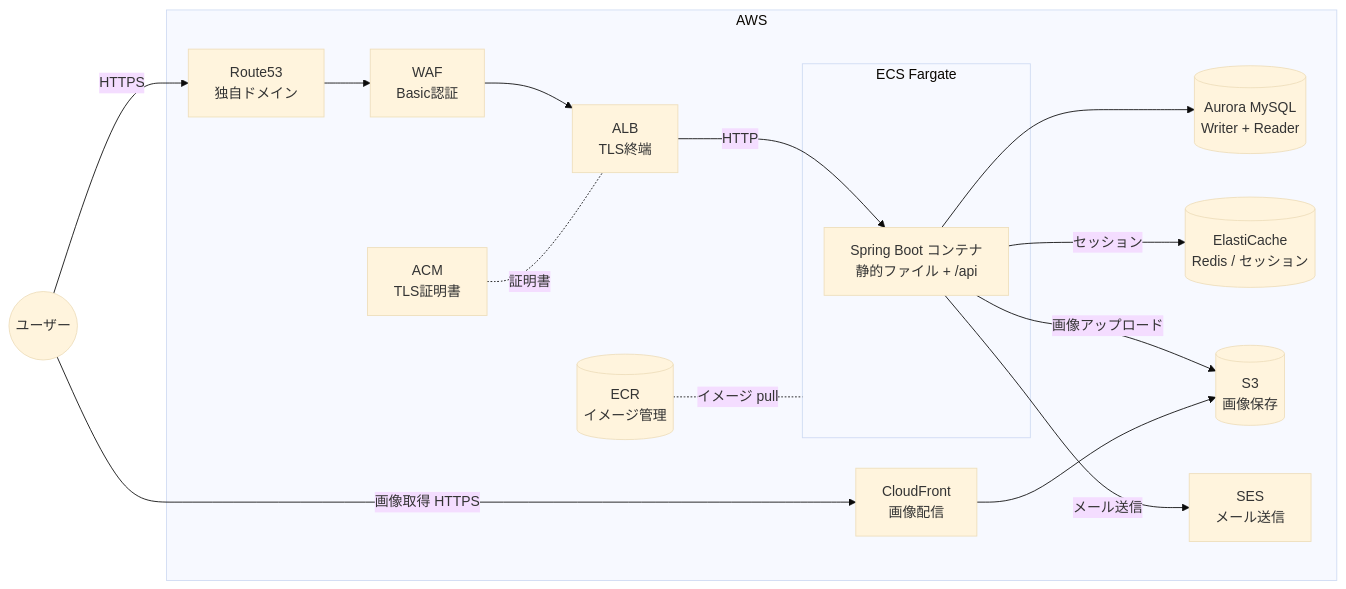
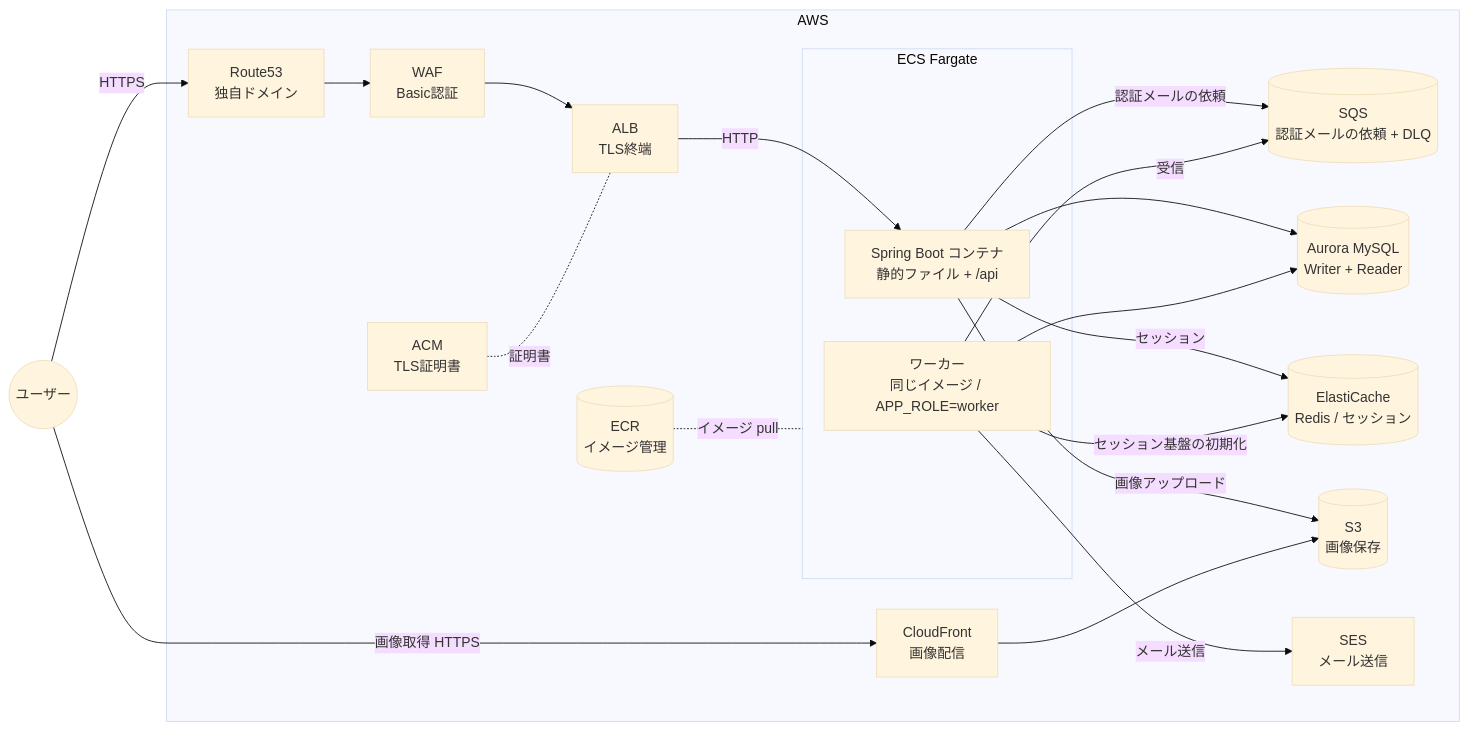
The diagram in docs/infrastructure/README.md (0000masa/nuxt-java-practice), drawn with Mermaid (base theme) before and after one commit. The commit also changed other lines of this file and 1 other file, not shown here.

First line of the commit message:
docs: インフラ構成と Slack 手順に、SQS とワーカーを反映する

````diff
--- a/docs/infrastructure/README.md
+++ b/docs/infrastructure/README.md
@@ -17,33 +17,39 @@
 ```mermaid
 flowchart LR
     User((ユーザー))
 
     subgraph AWS
         R53[Route53<br/>独自ドメイン]
         ACM[ACM<br/>TLS証明書]
         WAF[WAF<br/>Basic認証]
         ALB[ALB<br/>TLS終端]
         subgraph ECS[ECS Fargate]
             App[Spring Boot コンテナ<br/>静的ファイル + /api]
+            Worker[ワーカー<br/>同じイメージ / APP_ROLE=worker]
         end
+        SQS[(SQS<br/>認証メールの依頼 + DLQ)]
         RDS[(Aurora MySQL<br/>Writer + Reader)]
         EC[(ElastiCache<br/>Redis / セッション)]
         S3[(S3<br/>画像保存)]
         CF[CloudFront<br/>画像配信]
         SES[SES<br/>メール送信]
         ECR[(ECR<br/>イメージ管理)]
     end
 
     User -->|HTTPS| R53
     R53 --> WAF
     WAF --> ALB
     ACM -.証明書.- ALB
     ALB -->|HTTP| App
     App --> RDS
     App -->|セッション| EC
     App -->|画像アップロード| S3
-    App -->|メール送信| SES
+    App -->|認証メールの依頼| SQS
+    Worker -->|受信| SQS
+    Worker --> RDS
+    Worker -->|セッション基盤の初期化| EC
+    Worker -->|メール送信| SES
     User -->|画像取得 HTTPS| CF
     CF --> S3
     ECR -.イメージ pull.- ECS
 ```
````
